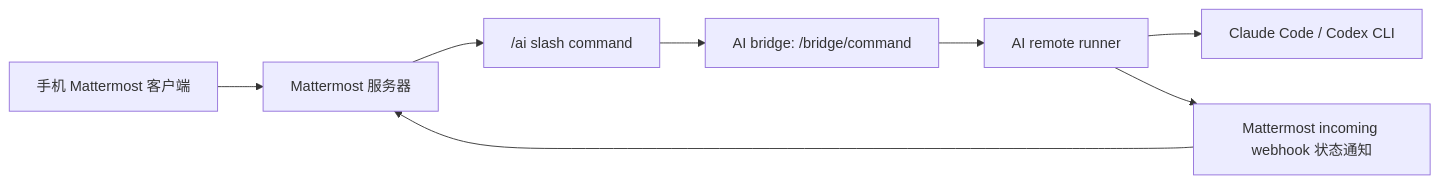
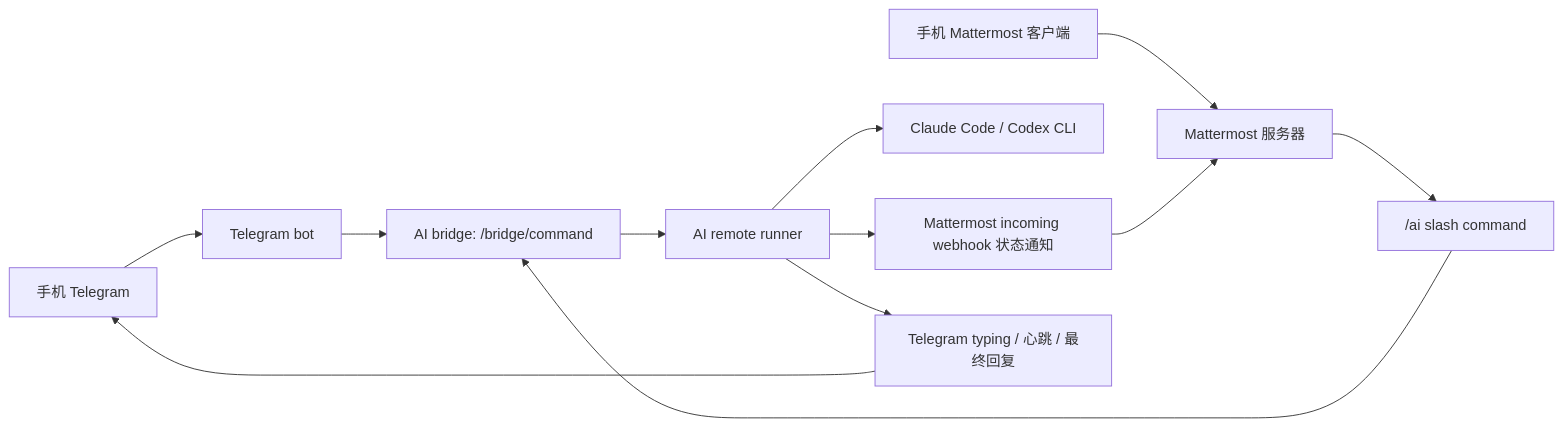
The diagram in README.md (vpn3288/FFC-AI), drawn with Mermaid before and after one commit. The commit also changed other lines of this file and 33 other files, not shown here.

Commit message:
feat: align phone channels and full-access runner install

````diff
--- a/README.md
+++ b/README.md
@@ -9,10 +9,14 @@
 ```mermaid
 flowchart LR
-  phone["手机 Mattermost 客户端"] --> mm["Mattermost 服务器"]
+  phone_tg["手机 Telegram"] --> tg["Telegram bot"]
+  phone_mm["手机 Mattermost 客户端"] --> mm["Mattermost 服务器"]
+  tg --> bridge["AI bridge: /bridge/command"]
   mm --> slash["/ai slash command"]
-  slash --> bridge["AI bridge: /bridge/command"]
+  slash --> bridge
   bridge --> runner["AI remote runner"]
   runner --> provider["Claude Code / Codex CLI"]
   runner --> status["Mattermost incoming webhook 状态通知"]
+  runner --> tg_status["Telegram typing / 心跳 / 最终回复"]
   status --> mm
+  tg_status --> phone_tg
 ```
````
